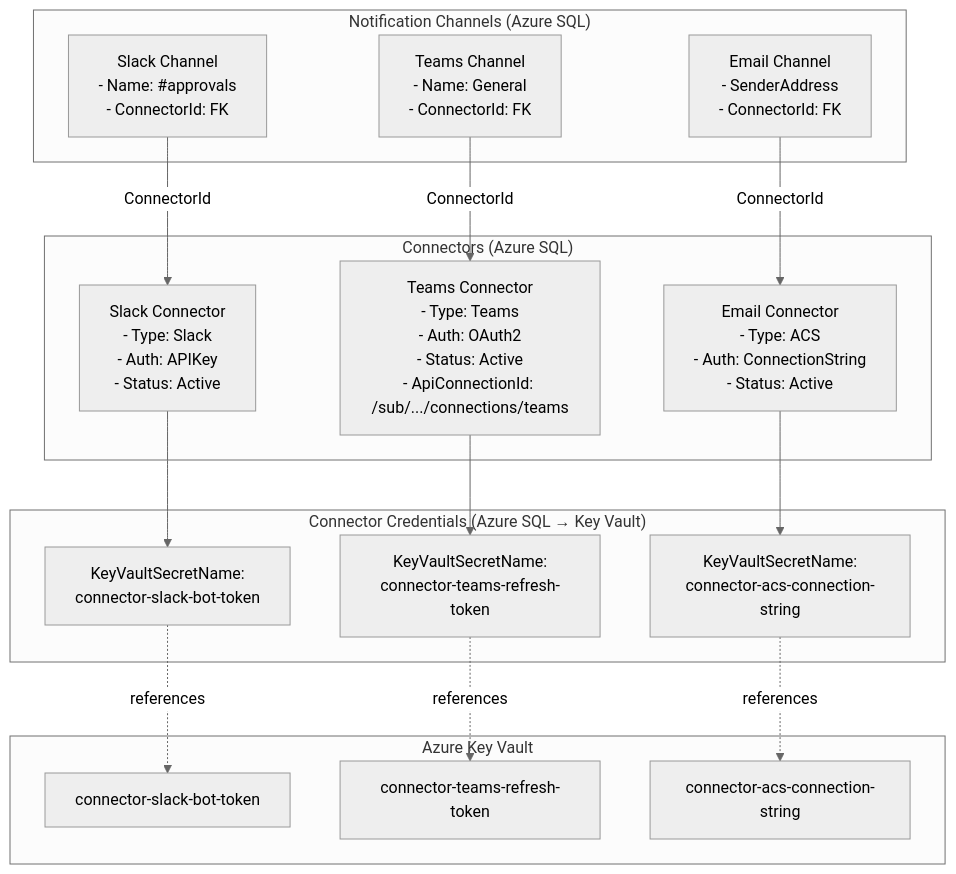
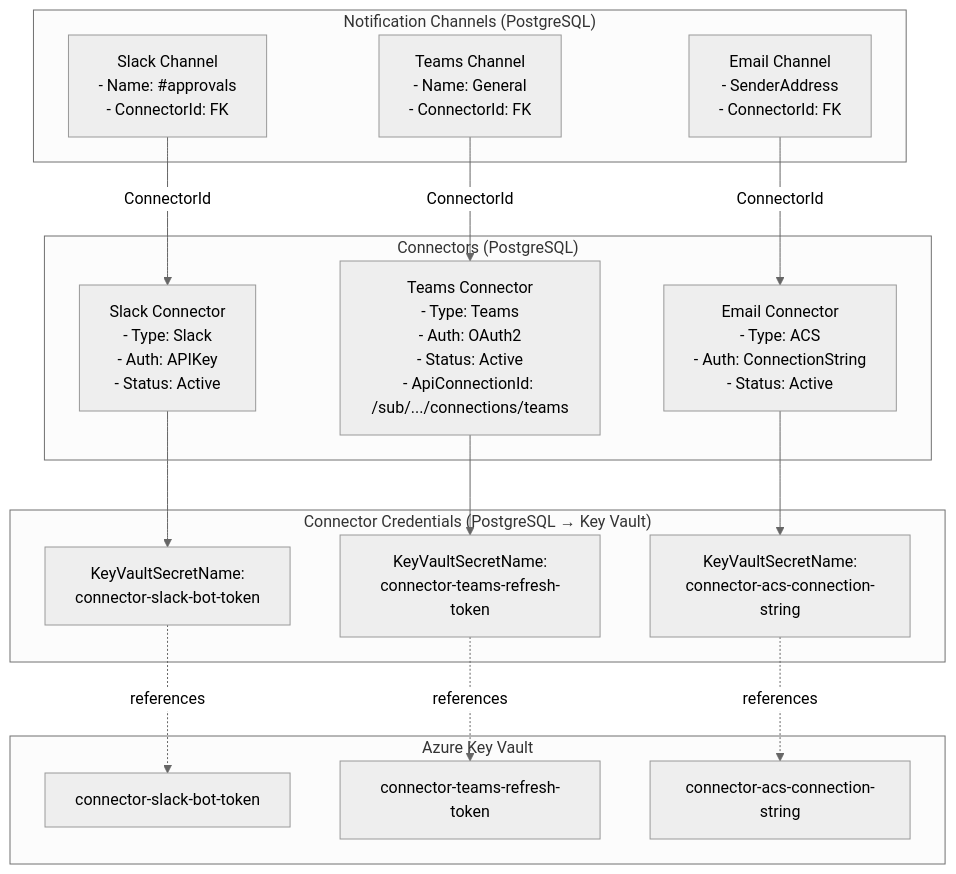
Before and after one commit to toanduong/ai-workflow: diagram 14 of 22 in docs/architecture/Architecture-Documentation.md, drawn with Mermaid (neutral theme). The commit also changed other lines of this file and 15 other files, not shown here.

````diff
--- a/docs/architecture/Architecture-Documentation.md
+++ b/docs/architecture/Architecture-Documentation.md
@@ -844,36 +843,36 @@
 ```mermaid
 flowchart TB
-    subgraph Channels["Notification Channels (Azure SQL)"]
+    subgraph Channels["Notification Channels (PostgreSQL)"]
         SL["Slack Channel<br/>- Name: #approvals<br/>- ConnectorId: FK"]
         TM["Teams Channel<br/>- Name: General<br/>- ConnectorId: FK"]
         EM["Email Channel<br/>- SenderAddress<br/>- ConnectorId: FK"]
     end
 
-    subgraph Connectors["Connectors (Azure SQL)"]
+    subgraph Connectors["Connectors (PostgreSQL)"]
         SC["Slack Connector<br/>- Type: Slack<br/>- Auth: APIKey<br/>- Status: Active"]
         TC["Teams Connector<br/>- Type: Teams<br/>- Auth: OAuth2<br/>- Status: Active<br/>- ApiConnectionId: /sub/.../connections/teams"]
         EC["Email Connector<br/>- Type: ACS<br/>- Auth: ConnectionString<br/>- Status: Active"]
     end
 
-    subgraph Credentials["Connector Credentials (Azure SQL → Key Vault)"]
+    subgraph Credentials["Connector Credentials (PostgreSQL → Key Vault)"]
         SCR["KeyVaultSecretName:<br/>connector-slack-bot-token"]
         TCR["KeyVaultSecretName:<br/>connector-teams-refresh-token"]
         ECR["KeyVaultSecretName:<br/>connector-acs-connection-string"]
     end
 
     subgraph KV["Azure Key Vault"]
         S1[connector-slack-bot-token]
         S2[connector-teams-refresh-token]
         S3[connector-acs-connection-string]
     end
 
     SL -->|ConnectorId| SC
     TM -->|ConnectorId| TC
     EM -->|ConnectorId| EC
     SC --> SCR
     TC --> TCR
     EC --> ECR
     SCR -.->|references| S1
     TCR -.->|references| S2
     ECR -.->|references| S3
 ```
````
